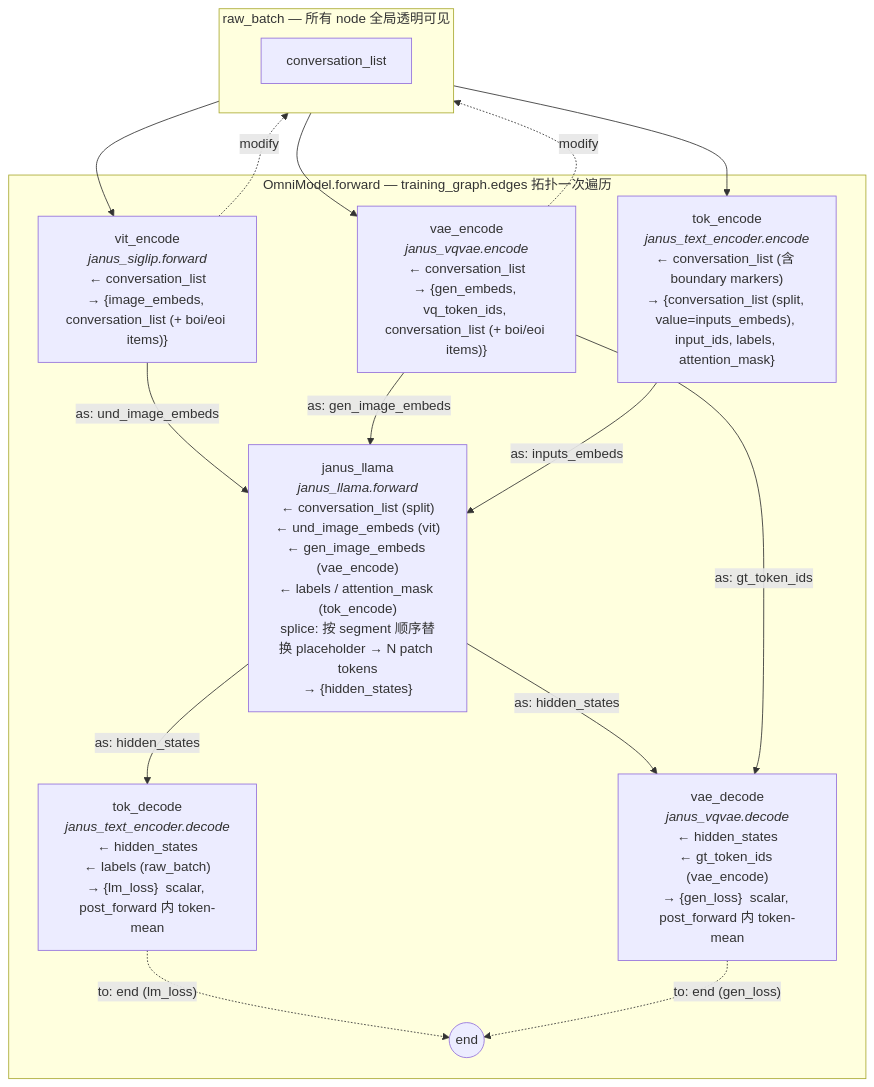
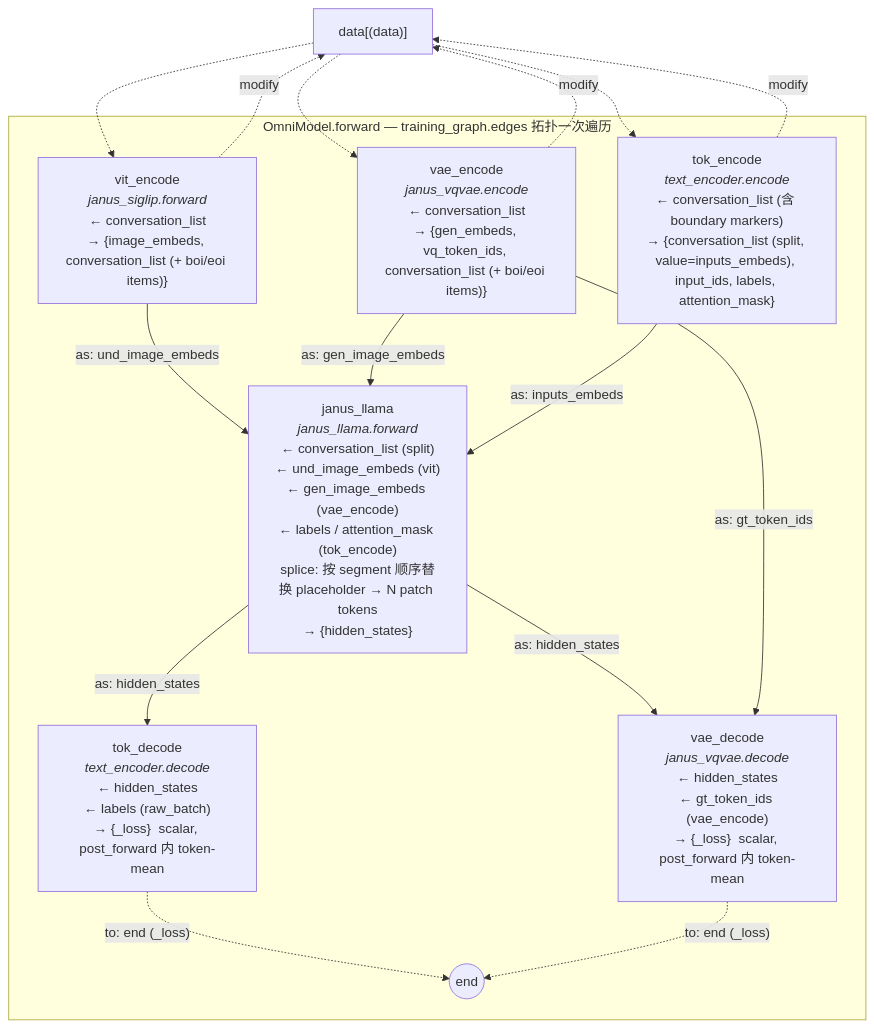
Before and after one commit to ByteDance-Seed/VeOmni: the first of 2 diagrams in design.md, drawn with Mermaid. The commit also changed other lines of this file and 16 other files, not shown here.

````diff
--- a/design.md
+++ b/design.md
@@ -347,29 +384,27 @@
 ```mermaid
 flowchart TD
-    subgraph raw_batch [raw_batch — 所有 node 全局透明可见]
-        R1[conversation_list]
-    end
+    data["data[(data)]"]
 
     subgraph exec ["OmniModel.forward — training_graph.edges 拓扑一次遍历"]
         vit["vit_encode<br/><i>janus_siglip.forward</i><br/>← conversation_list<br/>→ {image_embeds, conversation_list (+ boi/eoi items)}"]
         vae_e["vae_encode<br/><i>janus_vqvae.encode</i><br/>← conversation_list<br/>→ {gen_embeds, vq_token_ids, conversation_list (+ boi/eoi items)}"]
-        tok_e["tok_encode<br/><i>janus_text_encoder.encode</i><br/>← conversation_list (含 boundary markers)<br/>→ {conversation_list (split, value=inputs_embeds), input_ids, labels, attention_mask}"]
+        tok_e["tok_encode<br/><i>text_encoder.encode</i><br/>← conversation_list (含 boundary markers)<br/>→ {conversation_list (split, value=inputs_embeds), input_ids, labels, attention_mask}"]
         ar["janus_llama<br/><i>janus_llama.forward</i><br/>← conversation_list (split)<br/>← und_image_embeds (vit)<br/>← gen_image_embeds (vae_encode)<br/>← labels / attention_mask (tok_encode)<br/>splice: 按 segment 顺序替换 placeholder → N patch tokens<br/>→ {hidden_states}"]
-        tok_d["tok_decode<br/><i>janus_text_encoder.decode</i><br/>← hidden_states<br/>← labels (raw_batch)<br/>→ {lm_loss}  scalar, post_forward 内 token-mean"]
-        vae_d["vae_decode<br/><i>janus_vqvae.decode</i><br/>← hidden_states<br/>← gt_token_ids (vae_encode)<br/>→ {gen_loss}  scalar, post_forward 内 token-mean"]
+        tok_d["tok_decode<br/><i>text_encoder.decode</i><br/>← hidden_states<br/>← labels (raw_batch)<br/>→ {_loss}  scalar, post_forward 内 token-mean"]
+        vae_d["vae_decode<br/><i>janus_vqvae.decode</i><br/>← hidden_states<br/>← gt_token_ids (vae_encode)<br/>→ {_loss}  scalar, post_forward 内 token-mean"]
         endN((end))
     end
 
-    raw_batch --> vit & vae_e
-    vit -.modify.-> raw_batch
-    vae_e -.modify.-> raw_batch
-    raw_batch --> tok_e
+    data -.-> vit & vae_e & tok_e
+    vit -.modify.-> data
+    vae_e -.modify.-> data
+    tok_e -.modify.-> data
     vit -->|"as: und_image_embeds"| ar
     vae_e -->|"as: gen_image_embeds"| ar
     tok_e -->|"as: inputs_embeds"| ar
     ar -->|"as: hidden_states"| tok_d
     ar -->|"as: hidden_states"| vae_d
     vae_e -->|"as: gt_token_ids"| vae_d
-    tok_d -.->|"to: end (lm_loss)"| endN
-    vae_d -.->|"to: end (gen_loss)"| endN
+    tok_d -.->|"to: end (_loss)"| endN
+    vae_d -.->|"to: end (_loss)"| endN
 ```
````
